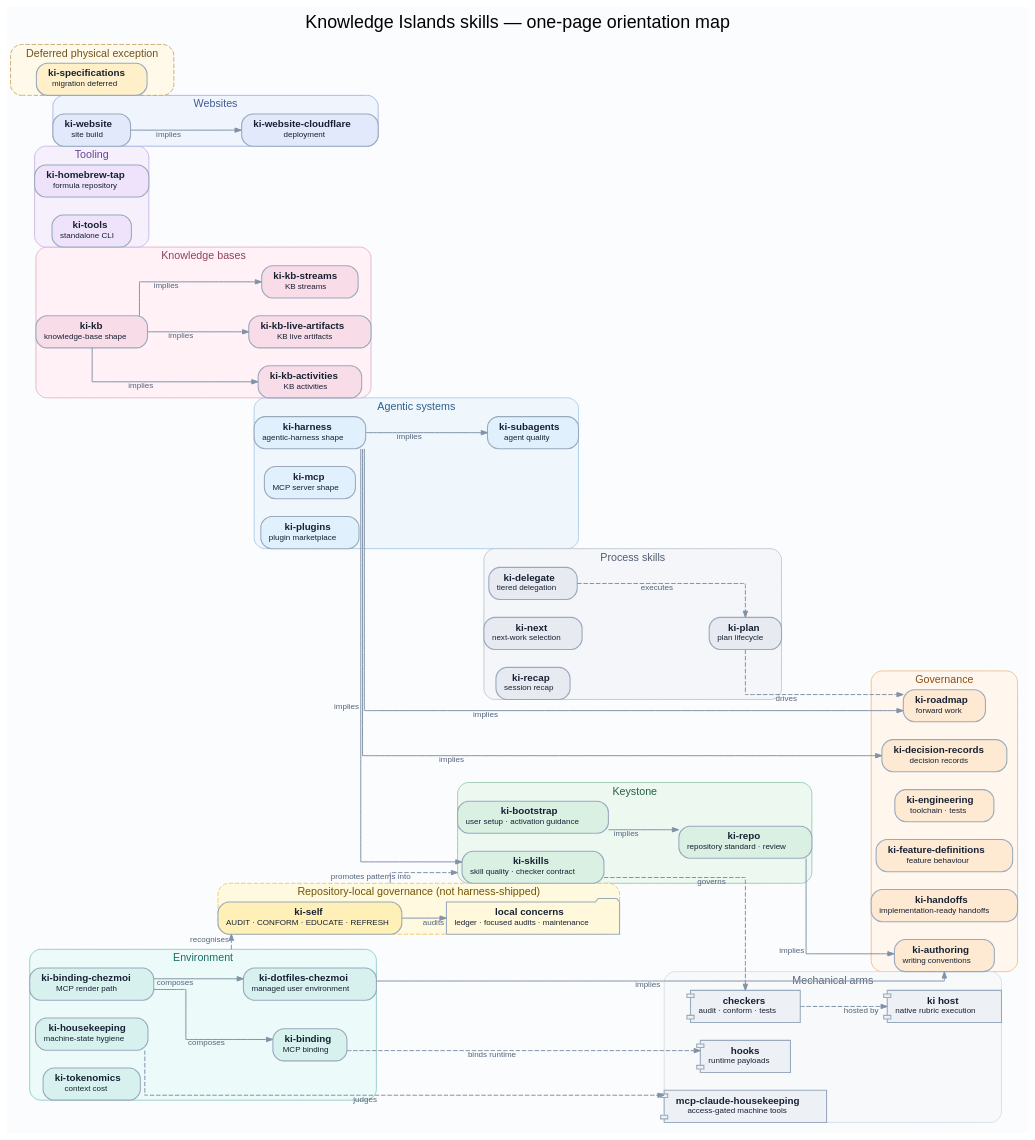
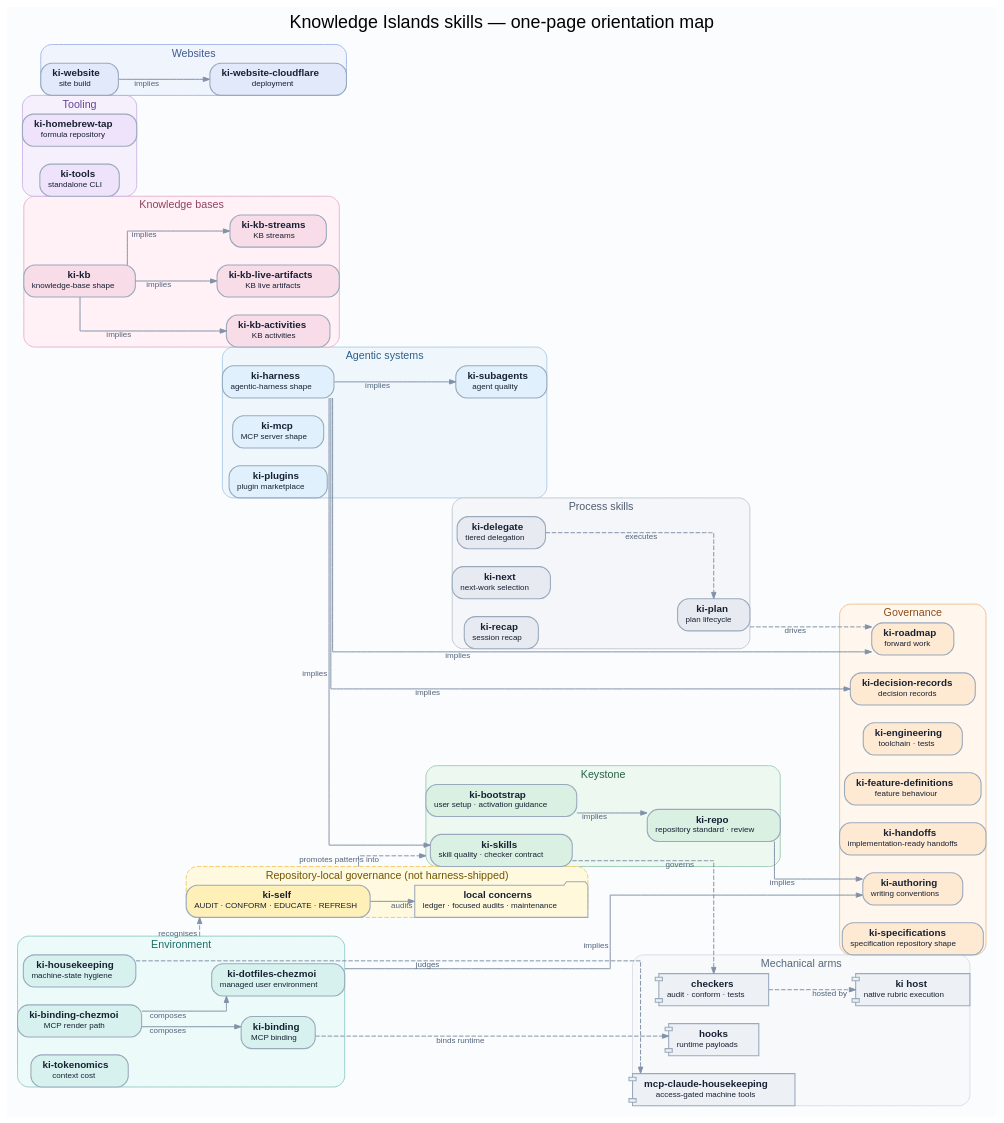
The diagram in docs/diagrams/skills-map.dot (knowledgeislands/arcadia-skills), drawn with Graphviz before and after one commit. The commit also changed 21 other files, not shown here.

```diff
--- a/docs/diagrams/skills-map.dot
+++ b/docs/diagrams/skills-map.dot
@@ -1,197 +1,188 @@
 // Canonical source for the harness skills map. DOT is authoritative; regenerate
 // skills-map.svg with: dot -Tsvg skills-map.dot -o skills-map.svg
 digraph skills_map {
   graph [
     bgcolor="#fbfcfe"
     color="#d9e1ea"
     compound=true
     fontname="Helvetica"
     fontsize=20
     label="Knowledge Islands skills — one-page orientation map"
     labelloc=t
     margin=0.25
     nodesep=0.28
     rankdir=LR
     ranksep=0.7
     splines=ortho
   ]
 
   node [
     color="#9aaabd"
     fontcolor="#172033"
     fontname="Helvetica"
     fontsize=11
     margin="0.13,0.08"
     penwidth=1.2
     shape=box
     style="rounded,filled"
   ]
 
   edge [
     arrowsize=0.7
     color="#8192a8"
     fontcolor="#52647a"
     fontname="Helvetica"
     fontsize=9
     penwidth=1.1
   ]
 
   subgraph cluster_agentic_systems {
     color="#a9cbe8"
     fontcolor="#2e608d"
     fontsize=12
     label="Agentic systems"
     style="rounded,filled"
     fillcolor="#eff7fd"
     harness [fillcolor="#e0f0fc", label=< <b>ki-harness</b><br/><font point-size="9">agentic-harness shape</font> >]
     mcp [fillcolor="#e0f0fc", label=< <b>ki-mcp</b><br/><font point-size="9">MCP server shape</font> >]
     plugins [fillcolor="#e0f0fc", label=< <b>ki-plugins</b><br/><font point-size="9">plugin marketplace</font> >]
     agents [fillcolor="#e0f0fc", label=< <b>ki-subagents</b><br/><font point-size="9">agent quality</font> >]
   }
 
   subgraph cluster_environment {
     color="#8fc9c4"
     fontcolor="#1d6d67"
     fontsize=12
     label="Environment"
     style="rounded,filled"
     fillcolor="#ecfbf9"
     binding [fillcolor="#d7f2ee", label=< <b>ki-binding</b><br/><font point-size="9">MCP binding</font> >]
     binding_chezmoi [fillcolor="#d7f2ee", label=< <b>ki-binding-chezmoi</b><br/><font point-size="9">MCP render path</font> >]
     dotfiles [fillcolor="#d7f2ee", label=< <b>ki-dotfiles-chezmoi</b><br/><font point-size="9">managed user environment</font> >]
     housekeeping [fillcolor="#d7f2ee", label=< <b>ki-housekeeping</b><br/><font point-size="9">machine-state hygiene</font> >]
     tokenomics [fillcolor="#d7f2ee", label=< <b>ki-tokenomics</b><br/><font point-size="9">context cost</font> >]
   }
 
   subgraph cluster_governance {
     color="#f0bd86"
     fontcolor="#8c4d16"
     fontsize=12
     label="Governance"
     style="rounded,filled"
     fillcolor="#fff7ed"
     authoring [fillcolor="#feead2", label=< <b>ki-authoring</b><br/><font point-size="9">writing conventions</font> >, tooltip="Markdown and TOML authoring conventions"]
     decisions [fillcolor="#feead2", label=< <b>ki-decision-records</b><br/><font point-size="9">decision records</font> >]
     engineering [fillcolor="#feead2", label=< <b>ki-engineering</b><br/><font point-size="9">toolchain · tests</font> >, tooltip="Engineering toolchain and tests"]
     features [fillcolor="#feead2", label=< <b>ki-feature-definitions</b><br/><font point-size="9">feature behaviour</font> >]
     handoffs [fillcolor="#feead2", label=< <b>ki-handoffs</b><br/><font point-size="9">implementation-ready handoffs</font> >]
     roadmap [fillcolor="#feead2", label=< <b>ki-roadmap</b><br/><font point-size="9">forward work</font> >]
+    specifications [fillcolor="#feead2", label=< <b>ki-specifications</b><br/><font point-size="9">specification repository shape</font> >]
   }
 
   subgraph cluster_keystone {
     color="#9ac8b1"
     fontcolor="#266242"
     fontsize=12
     label="Keystone"
     style="rounded,filled"
     fillcolor="#edf8f1"
     bootstrap [fillcolor="#d9f0e2", label=< <b>ki-bootstrap</b><br/><font point-size="9">user setup · activation guidance</font> >, tooltip="Guidance for CLI bootstrap, harnesses, and skill activation"]
     repo [fillcolor="#d9f0e2", label=< <b>ki-repo</b><br/><font point-size="9">repository standard · review</font> >, tooltip="Repository structure, settings, .ki-config.toml, and human-led review"]
     skills [fillcolor="#d9f0e2", label=< <b>ki-skills</b><br/><font point-size="9">skill quality · checker contract</font> >]
   }
 
   subgraph cluster_knowledge_bases {
     color="#e7b0c9"
     fontcolor="#91405f"
     fontsize=12
     label="Knowledge bases"
     style="rounded,filled"
     fillcolor="#fff1f6"
     kb [fillcolor="#f8dce8", label=< <b>ki-kb</b><br/><font point-size="9">knowledge-base shape</font> >]
     kb_activities [fillcolor="#f8dce8", label=< <b>ki-kb-activities</b><br/><font point-size="9">KB activities</font> >]
     kb_artifacts [fillcolor="#f8dce8", label=< <b>ki-kb-live-artifacts</b><br/><font point-size="9">KB live artifacts</font> >]
     kb_streams [fillcolor="#f8dce8", label=< <b>ki-kb-streams</b><br/><font point-size="9">KB streams</font> >]
   }
 
   subgraph cluster_process {
     color="#bfc6d3"
     fontcolor="#4f5c70"
     fontsize=12
     label="Process skills"
     style="rounded,filled"
     fillcolor="#f4f6f9"
     delegate [fillcolor="#e7ebf1", label=< <b>ki-delegate</b><br/><font point-size="9">tiered delegation</font> >]
     next [fillcolor="#e7ebf1", label=< <b>ki-next</b><br/><font point-size="9">next-work selection</font> >]
     plan [fillcolor="#e7ebf1", label=< <b>ki-plan</b><br/><font point-size="9">plan lifecycle</font> >]
     recap [fillcolor="#e7ebf1", label=< <b>ki-recap</b><br/><font point-size="9">session recap</font> >]
   }
 
   subgraph cluster_tooling {
     color="#c9b3e8"
     fontcolor="#67439b"
     fontsize=12
     label="Tooling"
     style="rounded,filled"
     fillcolor="#f6f0fc"
     tap [fillcolor="#eee3fb", label=< <b>ki-homebrew-tap</b><br/><font point-size="9">formula repository</font> >]
     tools [fillcolor="#eee3fb", label=< <b>ki-tools</b><br/><font point-size="9">standalone CLI</font> >]
   }
 
   subgraph cluster_websites {
     color="#9fb4e8"
     fontcolor="#405b91"
     fontsize=12
     label="Websites"
     style="rounded,filled"
     fillcolor="#f0f4fd"
     website [fillcolor="#e1e9fb", label=< <b>ki-website</b><br/><font point-size="9">site build</font> >]
     cloudflare [fillcolor="#e1e9fb", label=< <b>ki-website-cloudflare</b><br/><font point-size="9">deployment</font> >]
   }
 
-  subgraph cluster_deferred {
-    color="#c7a76a"
-    fontcolor="#70521d"
-    fontsize=12
-    label="Deferred physical exception"
-    style="rounded,filled,dashed"
-    fillcolor="#fff9ea"
-    specifications [fillcolor="#fff0c9", label=< <b>ki-specifications</b><br/><font point-size="9">migration deferred</font> >]
-  }
-
   subgraph cluster_local {
     color="#f1c65f"
     fontcolor="#735500"
     fontsize=12
     label="Repository-local governance (not harness-shipped)"
     style="rounded,filled,dashed"
     fillcolor="#fff9df"
     self [fillcolor="#fff0b8", label=< <b>ki-self</b><br/><font point-size="9">AUDIT · CONFORM · EDUCATE · REFRESH</font> >, tooltip="Local concerns; audit is the repository-local housekeeping audit"]
     concerns [fillcolor="#fff8db", label=< <b>local concerns</b><br/><font point-size="9">ledger · focused audits · maintenance</font> >, shape=folder, tooltip="Repository-specific checks and semi-regular human review"]
   }
 
   subgraph cluster_arms {
     color="#d6dde7"
     fontcolor="#56677b"
     fontsize=12
     label="Mechanical arms"
     style="rounded,filled"
     fillcolor="#f7f9fb"
     checkers [fillcolor="#edf1f5", label=< <b>checkers</b><br/><font point-size="9">audit · conform · tests</font> >, shape=component]
     native_host [fillcolor="#edf1f5", label=< <b>ki host</b><br/><font point-size="9">native rubric execution</font> >, shape=component]
     mcp_housekeeping [fillcolor="#edf1f5", label=< <b>mcp-claude-housekeeping</b><br/><font point-size="9">access-gated machine tools</font> >, shape=component]
     hooks [fillcolor="#edf1f5", label=< <b>hooks</b><br/><font point-size="9">runtime payloads</font> >, shape=component]
   }
 
   bootstrap -> repo [xlabel="implies"]
   repo -> authoring [xlabel="implies"]
   harness -> skills [xlabel="implies"]
   harness -> agents [xlabel="implies"]
   harness -> decisions [xlabel="implies"]
   harness -> roadmap [xlabel="implies"]
   kb -> kb_activities [xlabel="implies"]
   kb -> kb_artifacts [xlabel="implies"]
   kb -> kb_streams [xlabel="implies"]
   website -> cloudflare [xlabel="implies"]
   dotfiles -> authoring [xlabel="implies"]
   binding_chezmoi -> binding [xlabel="composes"]
   binding_chezmoi -> dotfiles [xlabel="composes"]
   plan -> roadmap [xlabel="drives", style=dashed]
   delegate -> plan [xlabel="executes", style=dashed]
   housekeeping -> mcp_housekeeping [xlabel="judges", style=dashed]
   housekeeping -> self [xlabel="recognises", style=dashed, ltail=cluster_environment, lhead=cluster_local]
   self -> concerns [xlabel="audits"]
   self -> skills [xlabel="promotes patterns into", style=dashed, ltail=cluster_local, lhead=cluster_keystone]
   skills -> checkers [xlabel="governs", style=dashed]
   checkers -> native_host [xlabel="hosted by", style=dashed]
   binding -> hooks [xlabel="binds runtime", style=dashed]
 }
```
